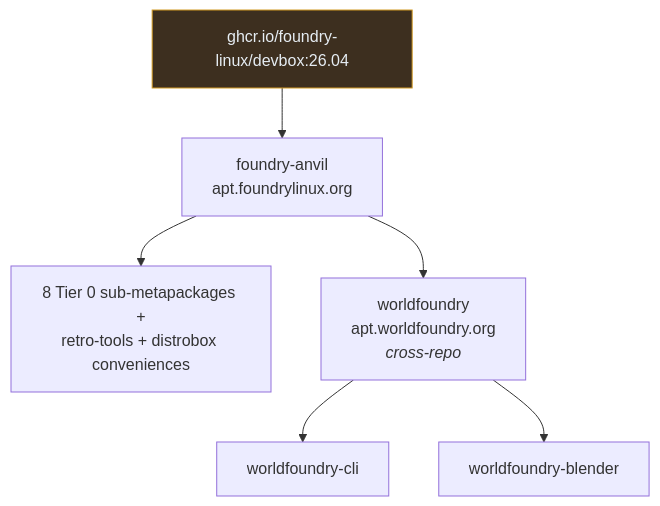
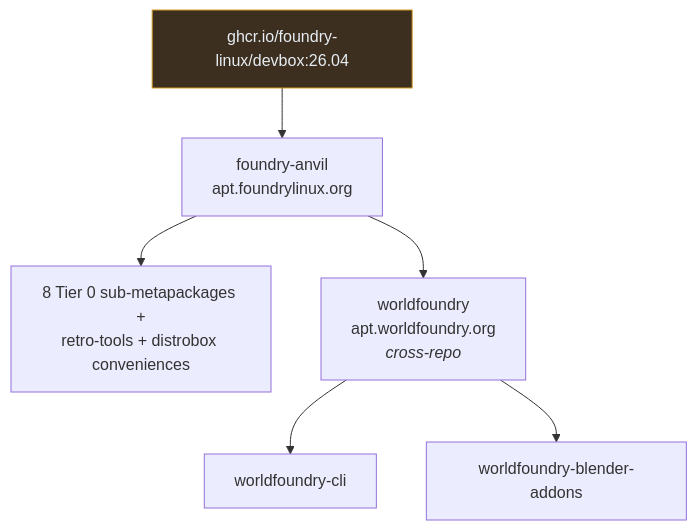
The third of 3 diagrams in docs/plans/2026-05-21-phase-2-devbox-image.md (foundry-linux/foundrylinux.org), drawn with Mermaid before and after one commit. The commit also changed other lines of this file and 1 other file, not shown here.

````diff
--- a/docs/plans/2026-05-21-phase-2-devbox-image.md
+++ b/docs/plans/2026-05-21-phase-2-devbox-image.md
@@ -457,12 +457,12 @@
    ```mermaid
    graph TD
      IMG[ghcr.io/foundry-linux/devbox:26.04]
      IMG --> ANVIL[foundry-anvil<br/>apt.foundrylinux.org]
      ANVIL --> R[8 Tier 0 sub-metapackages +<br/>retro-tools + distrobox conveniences]
      ANVIL --> WF[worldfoundry<br/>apt.worldfoundry.org<br/><i>cross-repo</i>]
      WF --> WFCLI[worldfoundry-cli]
-     WF --> WFB[worldfoundry-blender]
+     WF --> WFB[worldfoundry-blender-addons]
 
      classDef img fill:#3d2f1f,stroke:#d29922,color:#e6edf3
      class IMG img
    ```
````
